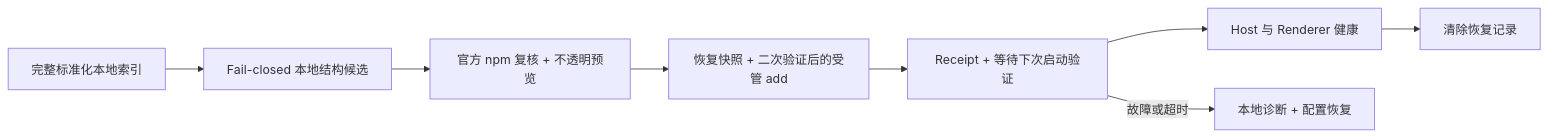
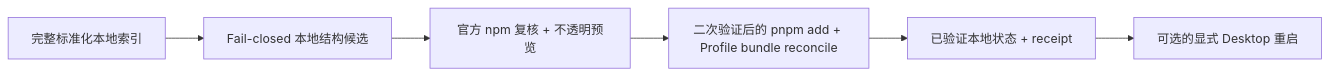
Before and after one commit to 976905690/deepseek-harness-desktop: the diagram in dsh-community-market/docs/install-and-uninstall.zh.md, drawn with Mermaid. The commit also changed other lines of this file and 60 other files, not shown here.

````diff
--- a/dsh-community-market/docs/install-and-uninstall.zh.md
+++ b/dsh-community-market/docs/install-and-uninstall.zh.md
@@ -107,10 +96,8 @@
 ```mermaid
 flowchart LR
     Scan["完整标准化本地索引"] --> Candidate["Fail-closed 本地结构候选"]
     Candidate --> Preview["官方 npm 复核 + 不透明预览"]
-    Preview --> Operation["恢复快照 + 二次验证后的受管 add"]
-    Operation --> Pending["Receipt + 等待下次启动验证"]
-    Pending --> Healthy["Host 与 Renderer 健康"]
-    Healthy --> Commit["清除恢复记录"]
-    Pending -->|"故障或超时"| Restore["本地诊断 + 配置恢复"]
+    Preview --> Operation["二次验证后的 pnpm add + Profile bundle reconcile"]
+    Operation --> Receipt["已验证本地状态 + receipt"]
+    Receipt --> Restart["可选的显式 Desktop 重启"]
 ```
````
